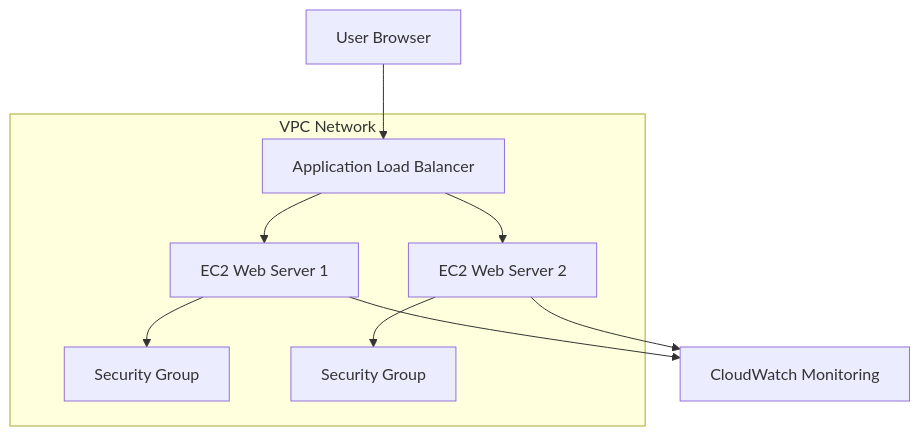
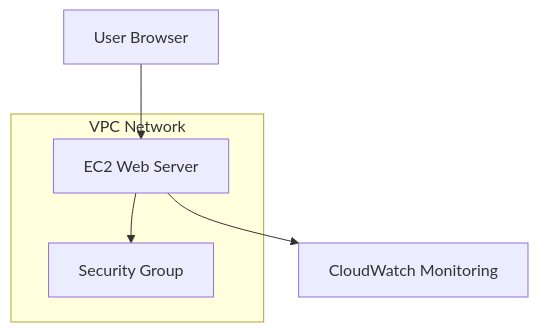
One commit to juliopardog/aws-ec2-web-server changed the diagram in architecture/architecture-diagram.md. Above: the diagram before and after it, drawn with Mermaid.

Commit message:
Simplify architecture diagram by removing ALB
Removed Application Load Balancer and associated EC2 instances from the architecture diagram.

````diff
--- a/architecture/architecture-diagram.md
+++ b/architecture/architecture-diagram.md
@@ -3,16 +3,10 @@
 ```mermaid
 graph TD
+    U[User Browser] --> EC2[EC2 Web Server]
 
-User[User Browser] --> ALB[Application Load Balancer]
+    subgraph VPC[VPC Network]
+        EC2 --> SG[Security Group]
+    end
 
-subgraph VPC Network
-    ALB --> EC1[EC2 Web Server 1]
-    ALB --> EC2[EC2 Web Server 2]
-
-    EC1 --> SG1[Security Group]
-    EC2 --> SG2[Security Group]
-end
-
-EC1 --> CW[CloudWatch Monitoring]
-EC2 --> CW
+    EC2 --> CW[CloudWatch Monitoring]
 ```
````
